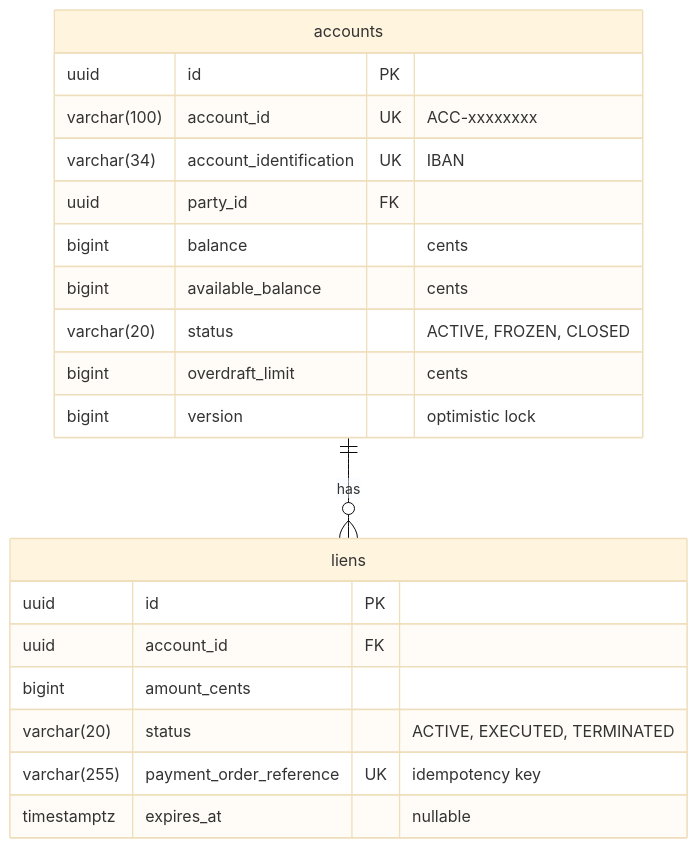
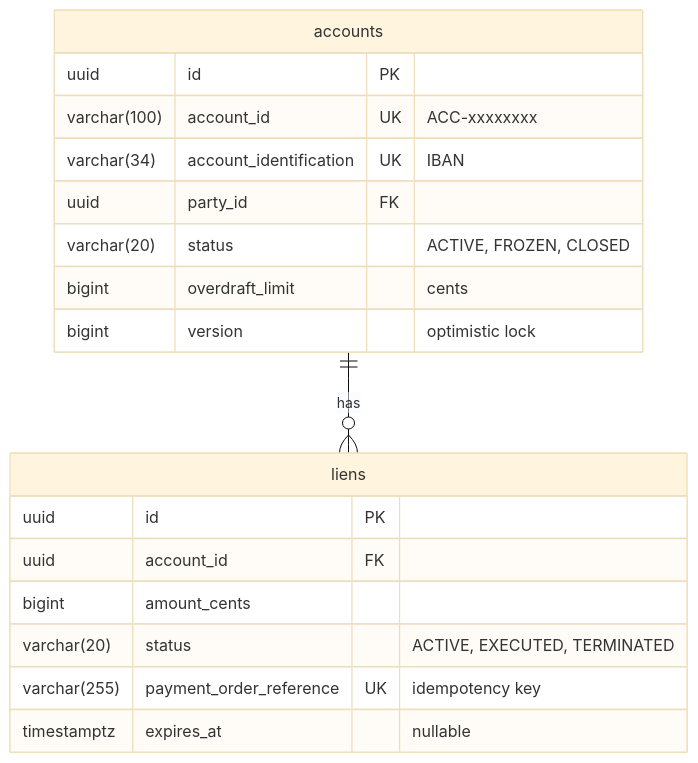
One commit to meridianhub/meridian changed the second of 3 diagrams in services/current-account/README.md. Above: the diagram before and after it, drawn with Mermaid (base theme). The commit also changed other lines of this file and 6 other files, not shown here.

First line of the commit message:
docs: update architecture documentation for balance delegation to Position Keeping

````diff
--- a/services/current-account/README.md
+++ b/services/current-account/README.md
@@ -141,25 +148,23 @@
 ```mermaid
 erDiagram
     accounts {
         uuid id PK
         varchar(100) account_id UK "ACC-xxxxxxxx"
         varchar(34) account_identification UK "IBAN"
         uuid party_id FK
-        bigint balance "cents"
-        bigint available_balance "cents"
         varchar(20) status "ACTIVE, FROZEN, CLOSED"
         bigint overdraft_limit "cents"
         bigint version "optimistic lock"
     }
 
     liens {
         uuid id PK
         uuid account_id FK
         bigint amount_cents
         varchar(20) status "ACTIVE, EXECUTED, TERMINATED"
         varchar(255) payment_order_reference UK "idempotency key"
         timestamptz expires_at "nullable"
     }
 
     accounts ||--o{ liens : "has"
 ```
````
